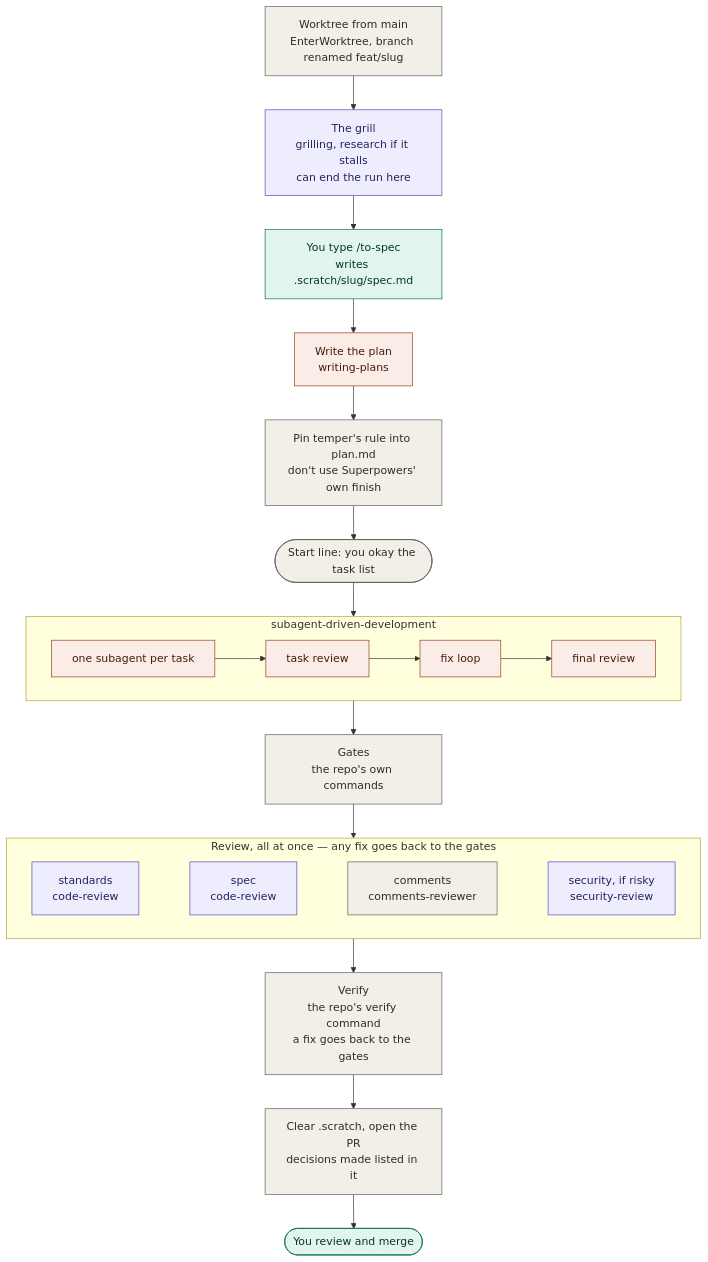
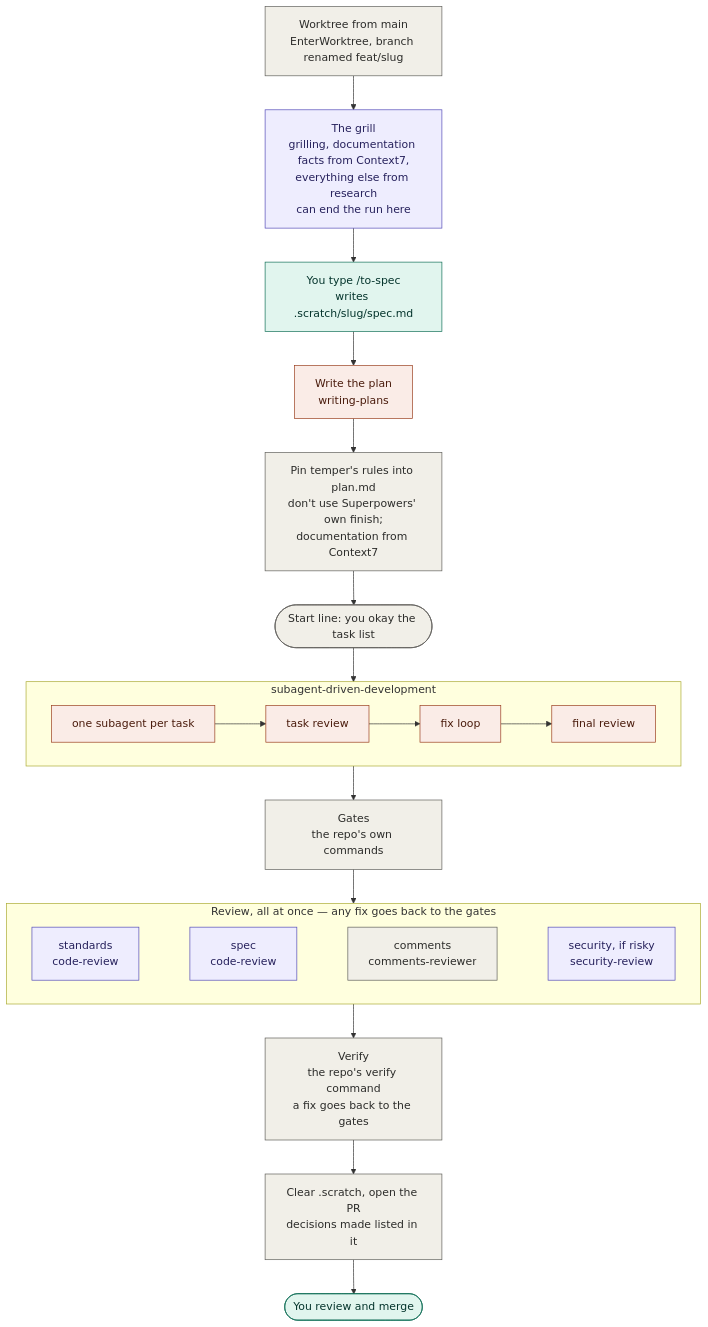
One commit to junayed711/temper changed the first of 5 diagrams in README.md. Above: the diagram before and after it, drawn with Mermaid. The commit also changed other lines of this file and 7 other files, not shown here.

Commit message:
look documentation up in context7, pinned to the repo's version

````diff
--- a/README.md
+++ b/README.md
@@ -308,36 +317,36 @@
 ```mermaid
 flowchart TD
     wt["Worktree from main<br/>EnterWorktree, branch renamed feat/slug"]:::temper
-    grill["The grill<br/>grilling, research if it stalls<br/>can end the run here"]:::matt
+    grill["The grill<br/>grilling, documentation facts from Context7,<br/>everything else from research<br/>can end the run here"]:::matt
     spec["You type /to-spec<br/>writes .scratch/slug/spec.md"]:::you
     plan["Write the plan<br/>writing-plans"]:::sp
-    pin["Pin temper's rule into plan.md<br/>don't use Superpowers' own finish"]:::temper
+    pin["Pin temper's rules into plan.md<br/>don't use Superpowers' own finish;<br/>documentation from Context7"]:::temper
     go(["Start line: you okay the task list"]):::temper
 
     subgraph build["subagent-driven-development"]
         direction LR
         b1["one subagent per task"]:::sp --> b2["task review"]:::sp --> b3["fix loop"]:::sp --> b4["final review"]:::sp
     end
 
     gates["Gates<br/>the repo's own commands"]:::temper
 
     subgraph panel["Review, all at once — any fix goes back to the gates"]
         direction LR
         r1["standards<br/>code-review"]:::matt
         r2["spec<br/>code-review"]:::matt
         r3["comments<br/>comments-reviewer"]:::temper
         r4["security, if risky<br/>security-review"]:::matt
         r1 ~~~ r2 ~~~ r3 ~~~ r4
     end
 
     verify["Verify<br/>the repo's verify command<br/>a fix goes back to the gates"]:::temper
     pr["Clear .scratch, open the PR<br/>decisions made listed in it"]:::temper
     merge(["You review and merge"]):::you
 
     wt --> grill --> spec --> plan --> pin --> go --> build --> gates --> panel --> verify --> pr --> merge
 
     classDef matt fill:#EEEDFE,stroke:#534AB7,color:#26215C
     classDef sp fill:#FAECE7,stroke:#993C1D,color:#4A1B0C
     classDef you fill:#E1F5EE,stroke:#0F6E56,color:#04342C
     classDef temper fill:#F1EFE8,stroke:#5F5E5A,color:#2C2C2A
 ```
````
